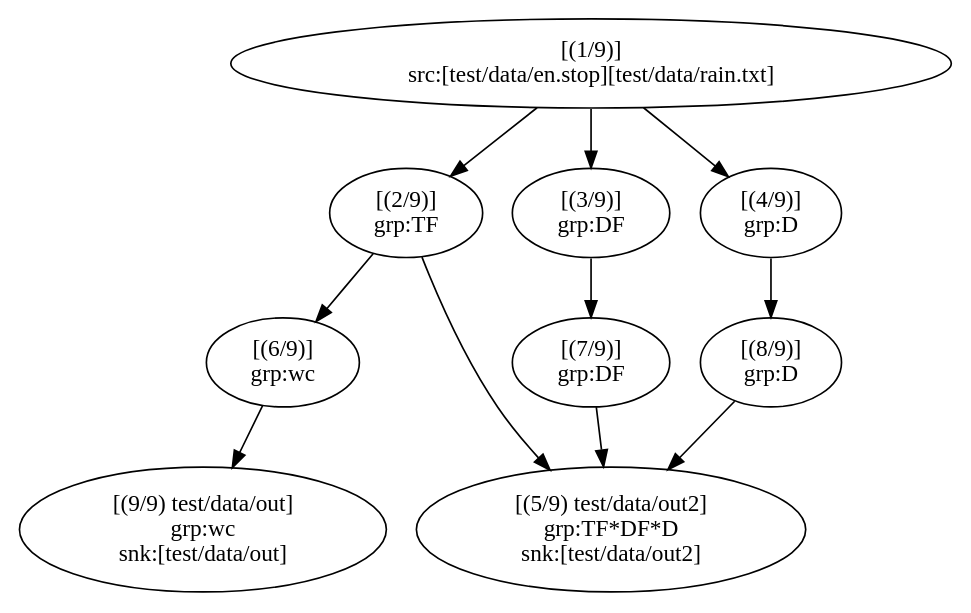
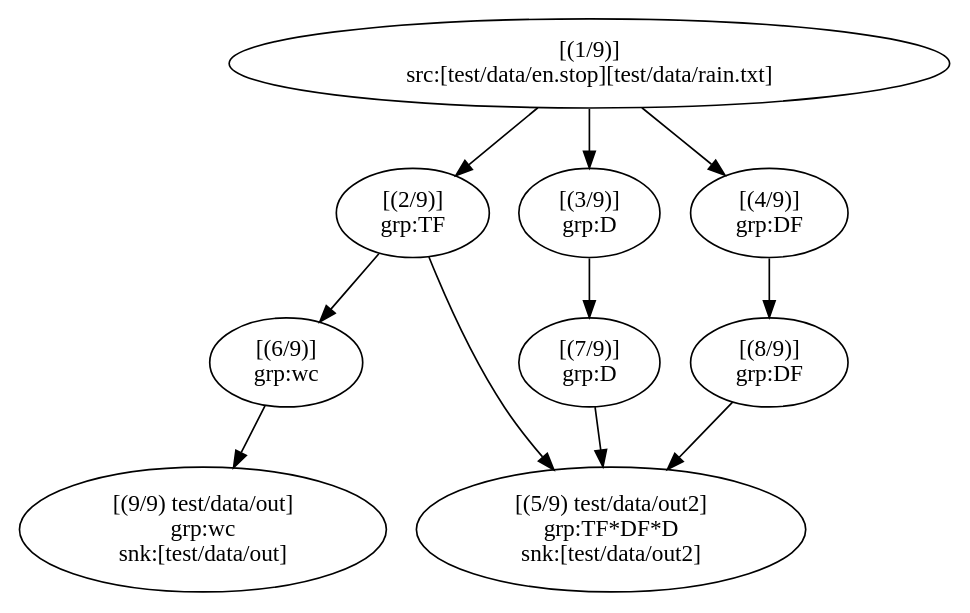
Before and after one commit to twitter-archive/ambrose: the diagram in cascading/dot/step-tfidf.dot, drawn with Graphviz. The commit also changed 10 other files, not shown here.

```diff
--- a/cascading/dot/step-tfidf.dot
+++ b/cascading/dot/step-tfidf.dot
@@ -1,21 +1,21 @@
 digraph G {
   1 [label = "[(1/9)]\nsrc:[test/data/en.stop][test/data/rain.txt]"];
   2 [label = "[(2/9)]\ngrp:TF"];
-  3 [label = "[(3/9)]\ngrp:DF"];
-  4 [label = "[(4/9)]\ngrp:D"];
+  3 [label = "[(3/9)]\ngrp:D"];
+  4 [label = "[(4/9)]\ngrp:DF"];
   5 [label = "[(5/9) test/data/out2]\ngrp:TF*DF*D\nsnk:[test/data/out2]"];
   6 [label = "[(6/9)]\ngrp:wc"];
-  7 [label = "[(7/9)]\ngrp:DF"];
-  8 [label = "[(8/9)]\ngrp:D"];
+  7 [label = "[(7/9)]\ngrp:D"];
+  8 [label = "[(8/9)]\ngrp:DF"];
   9 [label = "[(9/9) test/data/out]\ngrp:wc\nsnk:[test/data/out]"];
   1 -> 2;
   1 -> 3;
   1 -> 4;
   2 -> 5;
   2 -> 6;
   3 -> 7;
   4 -> 8;
   6 -> 9;
   7 -> 5;
   8 -> 5;
 }
```
